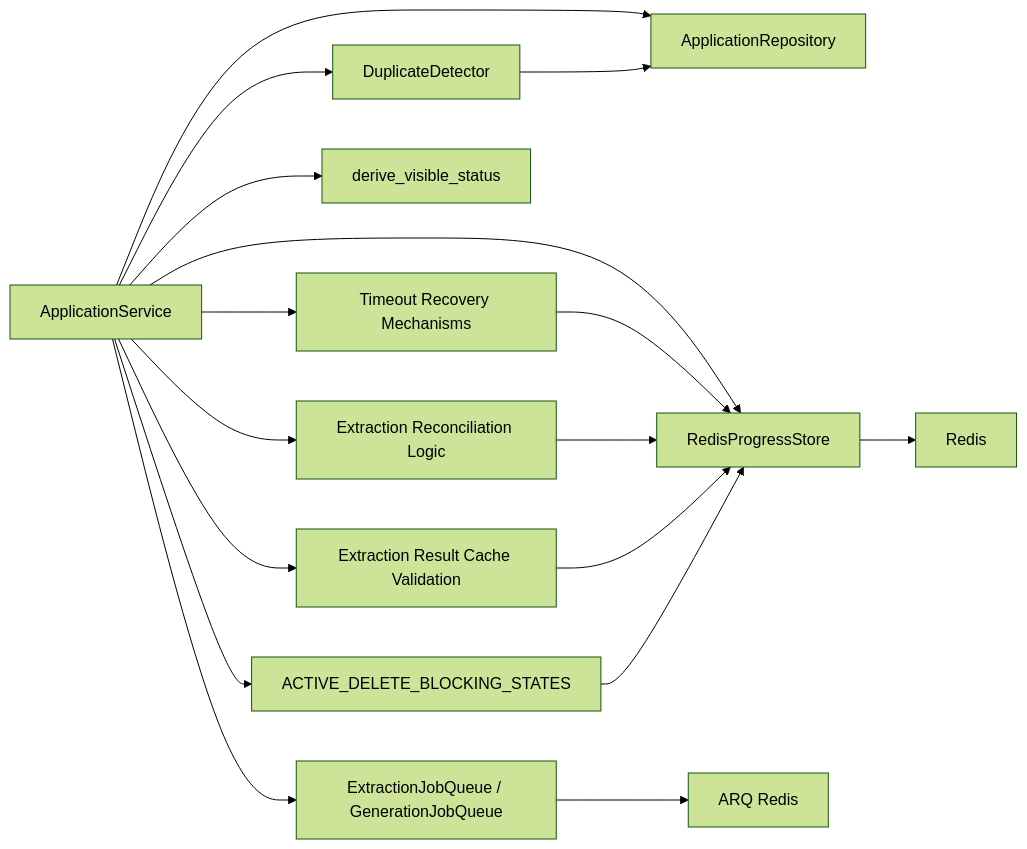
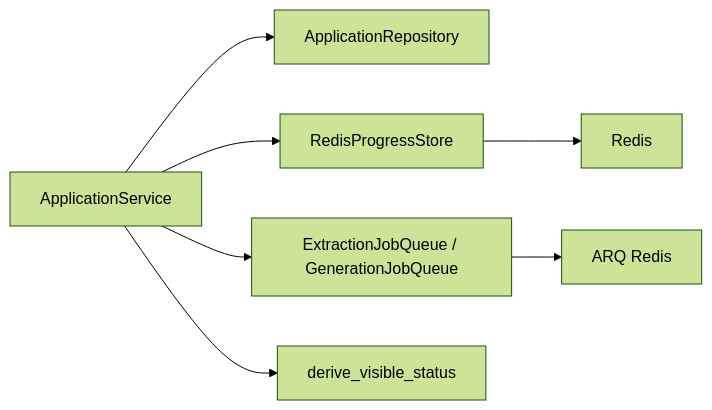
Before and after one commit to sankaL/resume-app: the seventh of 8 diagrams in .qoder/repowiki/en/content/Backend API/Service Layer/Application Manager Service.md, drawn with Mermaid (forest theme). The commit also changed other lines of this file and 7 other files, not shown here.

````diff
--- a/.qoder/repowiki/en/content/Backend API/Service Layer/Application Manager Service.md
+++ b/.qoder/repowiki/en/content/Backend API/Service Layer/Application Manager Service.md
@@ -628,19 +309,9 @@
 ```mermaid
 graph LR
 SVC["ApplicationService"] --> REPO["ApplicationRepository"]
-SVC --> DUPS["DuplicateDetector"]
 SVC --> PROG["RedisProgressStore"]
 SVC --> JOBQ["ExtractionJobQueue / GenerationJobQueue"]
 SVC --> WF["derive_visible_status"]
-SVC --> TIMEOUT["Timeout Recovery Mechanisms"]
-SVC --> EXTRACT_RECON["Extraction Reconciliation Logic"]
-SVC --> CACHE_VALID["Extraction Result Cache Validation"]
-SVC --> DELETE_PROTECTION["ACTIVE_DELETE_BLOCKING_STATES"]
 JOBQ --> ARQ["ARQ Redis"]
 PROG --> REDIS["Redis"]
-DUPS --> REPO
-TIMEOUT --> PROG
-EXTRACT_RECON --> PROG
-CACHE_VALID --> PROG
-DELETE_PROTECTION --> PROG
 ```
````
